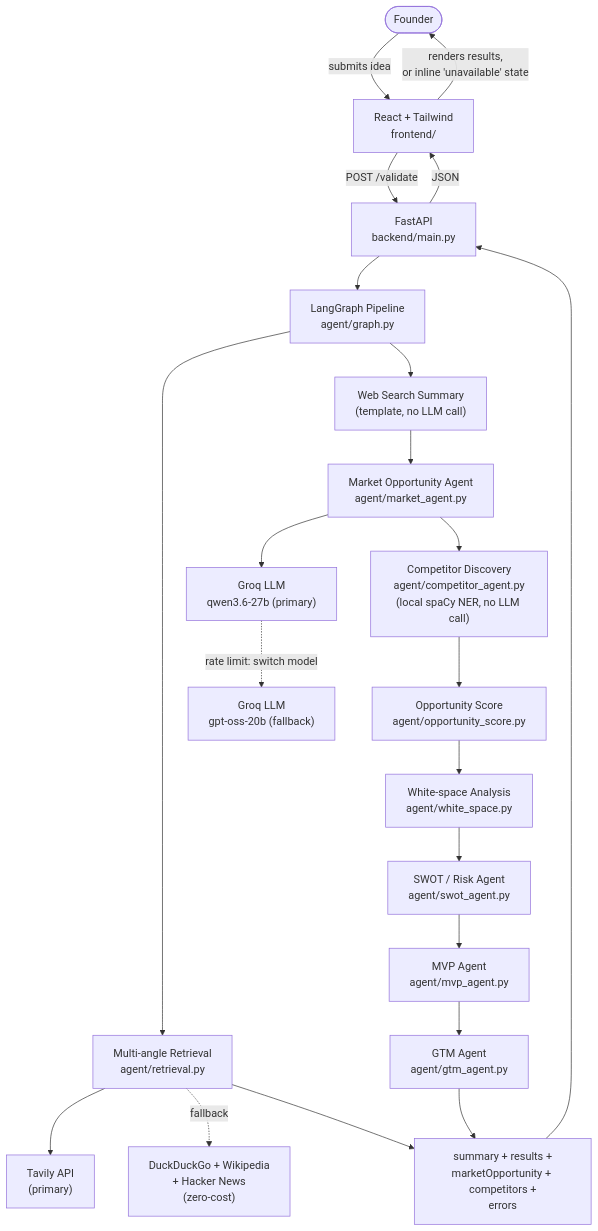
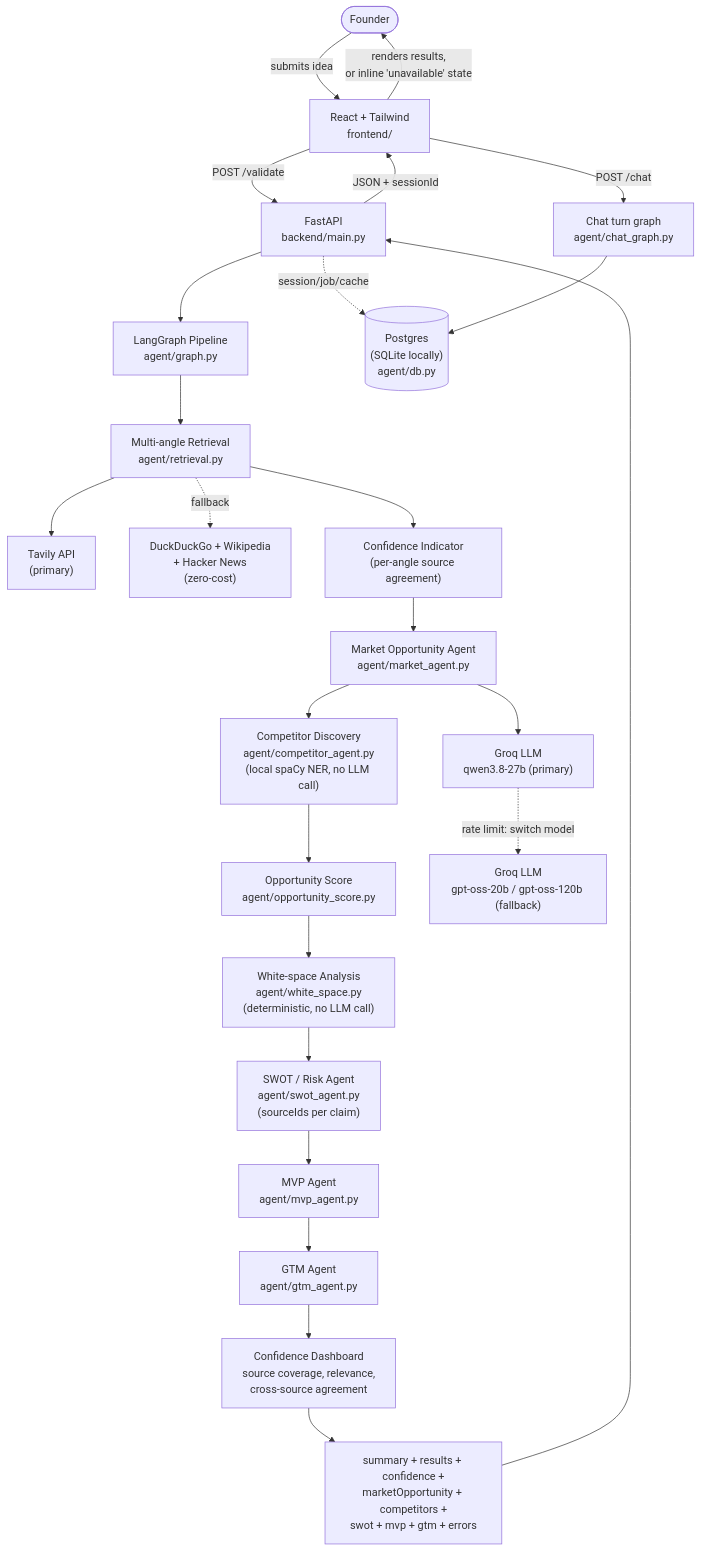
Before and after one commit to Yasaswini-ch/Development-of-AI-Based-Startup-Idea-Validator-with-Market-Analysis-Assistance: the diagram in README.md, drawn with Mermaid. The commit also changed other lines of this file, not shown here.

First line of the commit message:
docs(readme): rewrite README to match the current pipeline and add diagrams

````diff
--- a/README.md
+++ b/README.md
@@ -25,27 +52,32 @@
 ```mermaid
 flowchart TD
     User(["Founder"]) -->|submits idea| Frontend["React + Tailwind\nfrontend/"]
     Frontend -->|POST /validate| Backend["FastAPI\nbackend/main.py"]
     Backend --> Pipeline["LangGraph Pipeline\nagent/graph.py"]
 
     Pipeline --> Retrieval["Multi-angle Retrieval\nagent/retrieval.py"]
     Retrieval --> Tavily["Tavily API\n(primary)"]
     Retrieval -.fallback.-> Free["DuckDuckGo + Wikipedia\n+ Hacker News\n(zero-cost)"]
 
-    Pipeline --> WS["Web Search Summary\n(template, no LLM call)"]
-    WS --> MO["Market Opportunity Agent\nagent/market_agent.py"]
+    Retrieval --> Confidence["Confidence Indicator\n(per-angle source agreement)"]
+    Confidence --> MO["Market Opportunity Agent\nagent/market_agent.py"]
     MO --> CD["Competitor Discovery\nagent/competitor_agent.py\n(local spaCy NER, no LLM call)"]
     CD --> OS["Opportunity Score\nagent/opportunity_score.py"]
-    OS --> WA["White-space Analysis\nagent/white_space.py"]
-    WA --> SWOT["SWOT / Risk Agent\nagent/swot_agent.py"]
+    OS --> WS["White-space Analysis\nagent/white_space.py\n(deterministic, no LLM call)"]
+    WS --> SWOT["SWOT / Risk Agent\nagent/swot_agent.py\n(sourceIds per claim)"]
     SWOT --> MVP["MVP Agent\nagent/mvp_agent.py"]
     MVP --> GTM["GTM Agent\nagent/gtm_agent.py"]
-    MO --> LLM["Groq LLM\nqwen3.6-27b (primary)"]
-    LLM -.rate limit: switch model.-> LLM2["Groq LLM\ngpt-oss-20b (fallback)"]
+    GTM --> ConfDash["Confidence Dashboard\nsource coverage, relevance,\ncross-source agreement"]
 
-    Retrieval --> Response["summary + results +\nmarketOpportunity + competitors +\nerrors"]
-    GTM --> Response
+    MO --> LLM["Groq LLM\nqwen3.8-27b (primary)"]
+    LLM -.rate limit: switch model.-> LLM2["Groq LLM\ngpt-oss-20b / gpt-oss-120b (fallback)"]
+
+    ConfDash --> Response["summary + results + confidence +\nmarketOpportunity + competitors +\nswot + mvp + gtm + errors"]
     Response --> Backend
-    Backend -->|JSON| Frontend
+    Backend -->|JSON + sessionId| Frontend
     Frontend -->|renders results,\nor inline 'unavailable' state| User
+
+    Backend -.session/job/cache.-> DB[("Postgres\n(SQLite locally)\nagent/db.py")]
+    Frontend -->|POST /chat| ChatGraph["Chat turn graph\nagent/chat_graph.py"]
+    ChatGraph --> DB
 ```
````
